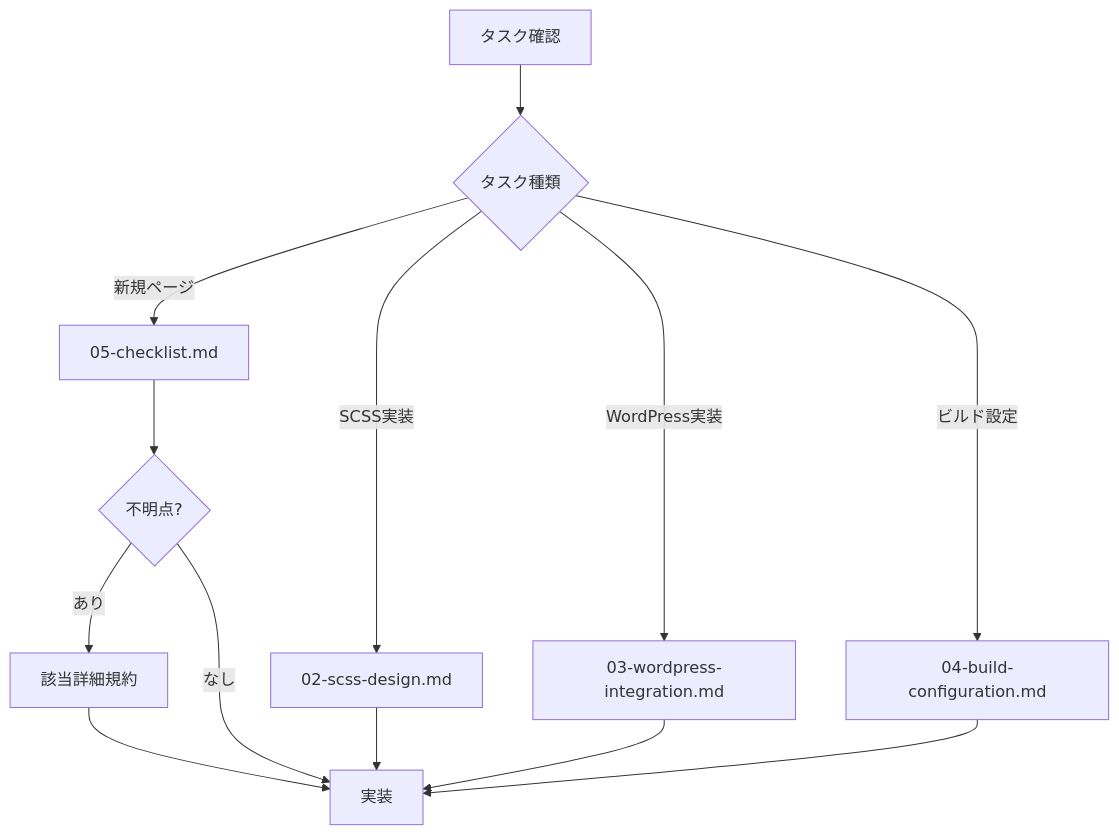
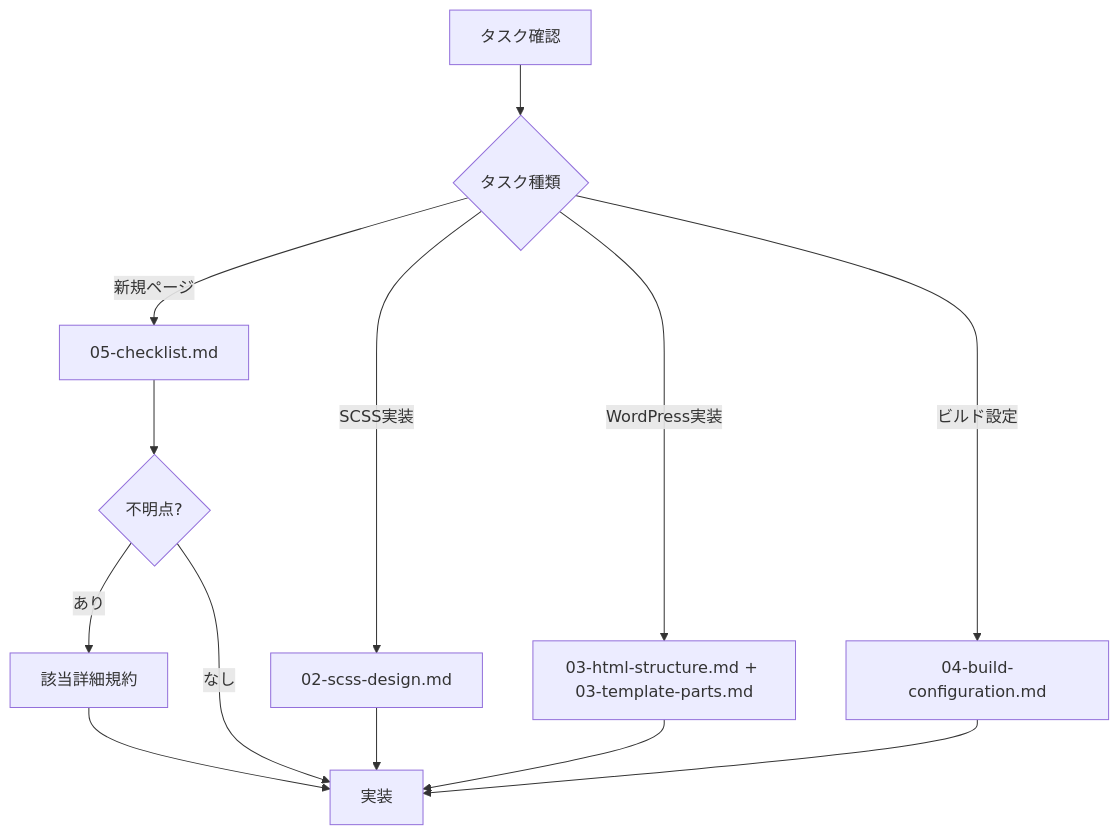
The first of 2 diagrams in .claude/prompts/coding-guidelines-loader.md (sakiOmit/coachers_yonezawa), drawn with Mermaid before and after one commit. The commit also changed other lines of this file and 53 other files, not shown here.

First line of the commit message:
Add comprehensive coding guidelines for HTML structure, image handling, sanitization, template parts, and Figma design optimization

````diff
--- a/.claude/prompts/coding-guidelines-loader.md
+++ b/.claude/prompts/coding-guidelines-loader.md
@@ -283,15 +289,15 @@
 ```mermaid
 graph TD
     A[タスク確認] --> B{タスク種類}
     B -->|新規ページ| C[05-checklist.md]
     B -->|SCSS実装| D[02-scss-design.md]
-    B -->|WordPress実装| E[03-wordpress-integration.md]
+    B -->|WordPress実装| E[03-html-structure.md + 03-template-parts.md]
     B -->|ビルド設定| F[04-build-configuration.md]
     C --> G{不明点?}
     G -->|あり| H[該当詳細規約]
     G -->|なし| I[実装]
     D --> I
     E --> I
     F --> I
     H --> I
 ```
````
